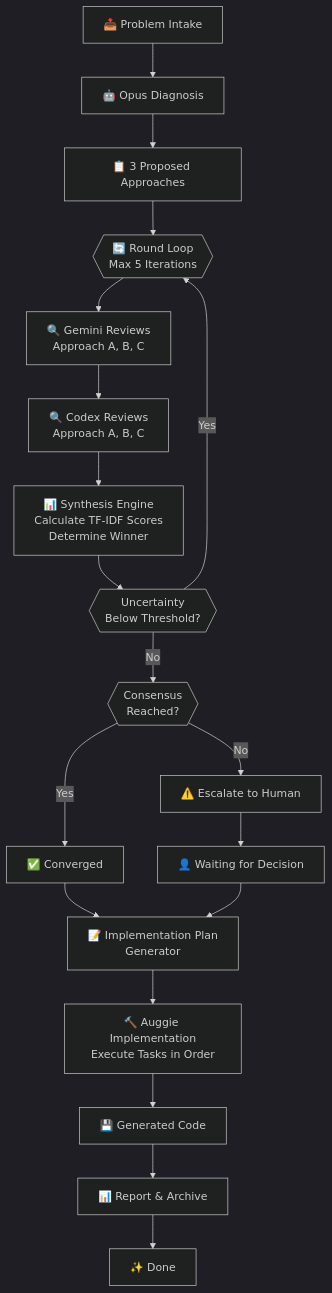
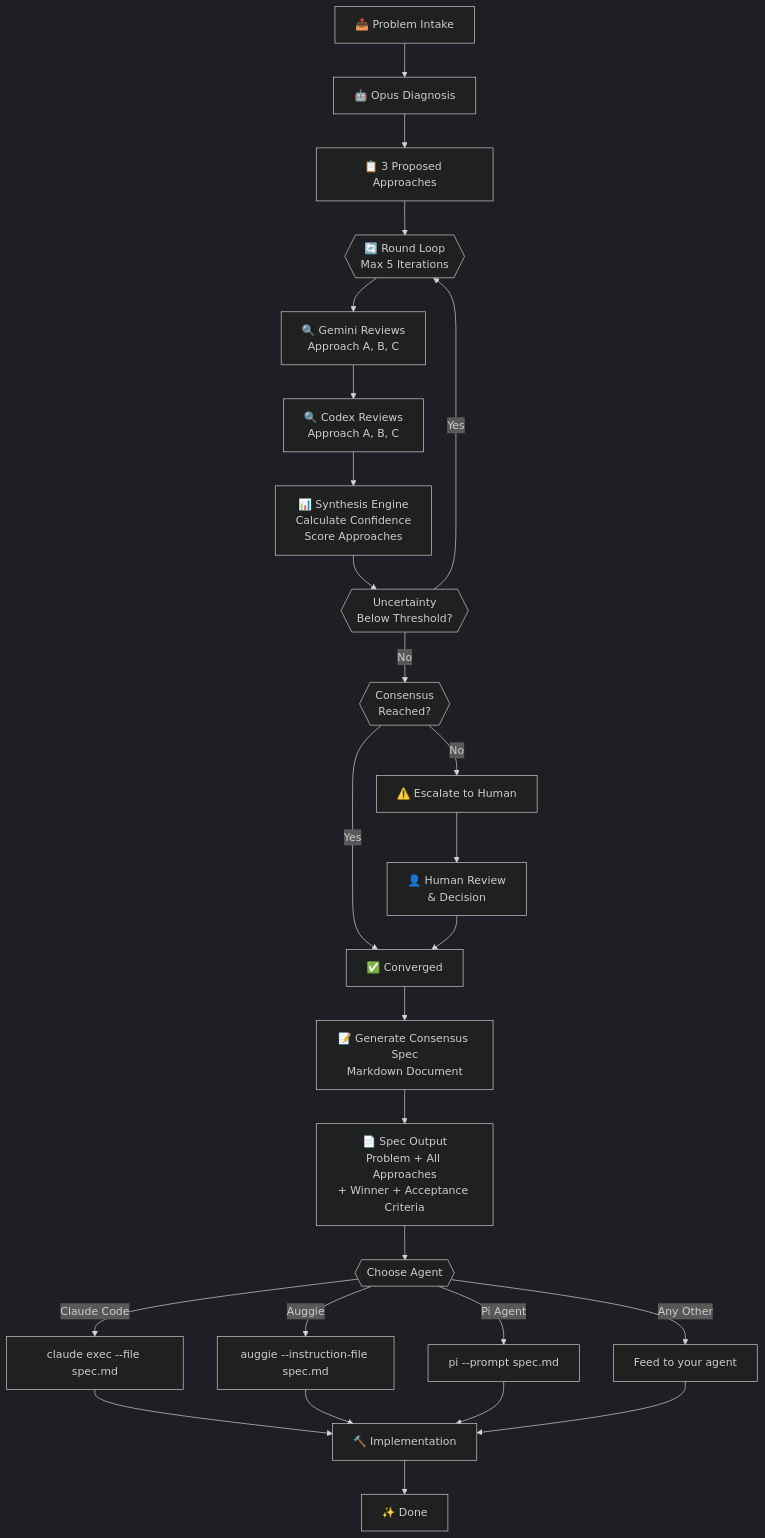
One commit to bsharpe/consensus-coder changed the diagram in README.md. Above: the diagram before and after it, drawn with Mermaid (dark theme). The commit also changed other lines of this file, not shown here.

First line of the commit message:
refactor: output consensus spec instead of direct agent integration

````diff
--- a/README.md
+++ b/README.md
@@ -98,27 +98,37 @@
 ```mermaid
 graph TD
     A["📥 Problem Intake"] --> B["🤖 Opus Diagnosis"]
     B --> C["📋 3 Proposed Approaches"]
     C --> D{{"🔄 Round Loop<br/>Max 5 Iterations"}}
     
     D --> E["🔍 Gemini Reviews<br/>Approach A, B, C"]
     E --> F["🔍 Codex Reviews<br/>Approach A, B, C"]
-    F --> G["📊 Synthesis Engine<br/>Calculate TF-IDF Scores<br/>Determine Winner"]
+    F --> G["📊 Synthesis Engine<br/>Calculate Confidence<br/>Score Approaches"]
     
     G --> H{{"Uncertainty<br/>Below Threshold?"}}
     H -->|Yes| D
     H -->|No| I{{"Consensus<br/>Reached?"}}
     
     I -->|Yes| J["✅ Converged"]
     I -->|No| K["⚠️ Escalate to Human"]
     
-    J --> L["📝 Implementation Plan<br/>Generator"]
-    K --> M["👤 Waiting for Decision"]
-    M --> L
+    K --> M["👤 Human Review<br/>& Decision"]
+    M --> J
     
-    L --> N["🔨 Auggie Implementation<br/>Execute Tasks in Order"]
-    N --> O["💾 Generated Code"]
+    J --> L["📝 Generate Consensus Spec<br/>Markdown Document"]
     
-    O --> P["📊 Report & Archive"]
-    P --> Q["✨ Done"]
+    L --> N["📄 Spec Output<br/>Problem + All Approaches<br/>+ Winner + Acceptance Criteria"]
+    
+    N --> O{{"Choose Agent"}}
+    O -->|Claude Code| P["claude exec --file spec.md"]
+    O -->|Auggie| Q["auggie --instruction-file spec.md"]
+    O -->|Pi Agent| R["pi --prompt spec.md"]
+    O -->|Any Other| S["Feed to your agent"]
+    
+    P --> T["🔨 Implementation"]
+    Q --> T
+    R --> T
+    S --> T
+    
+    T --> U["✨ Done"]
 ```
````
